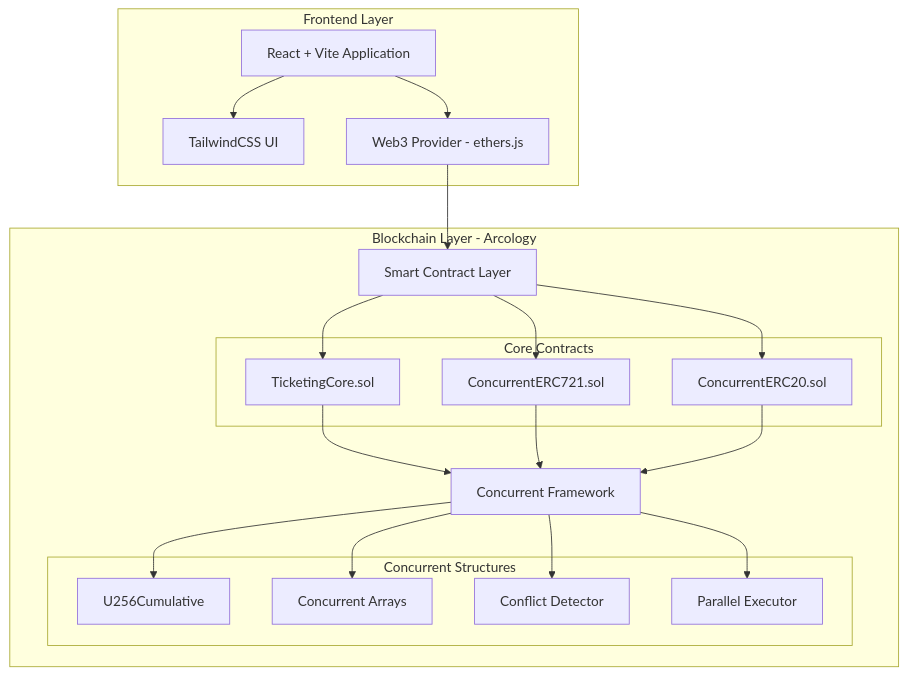
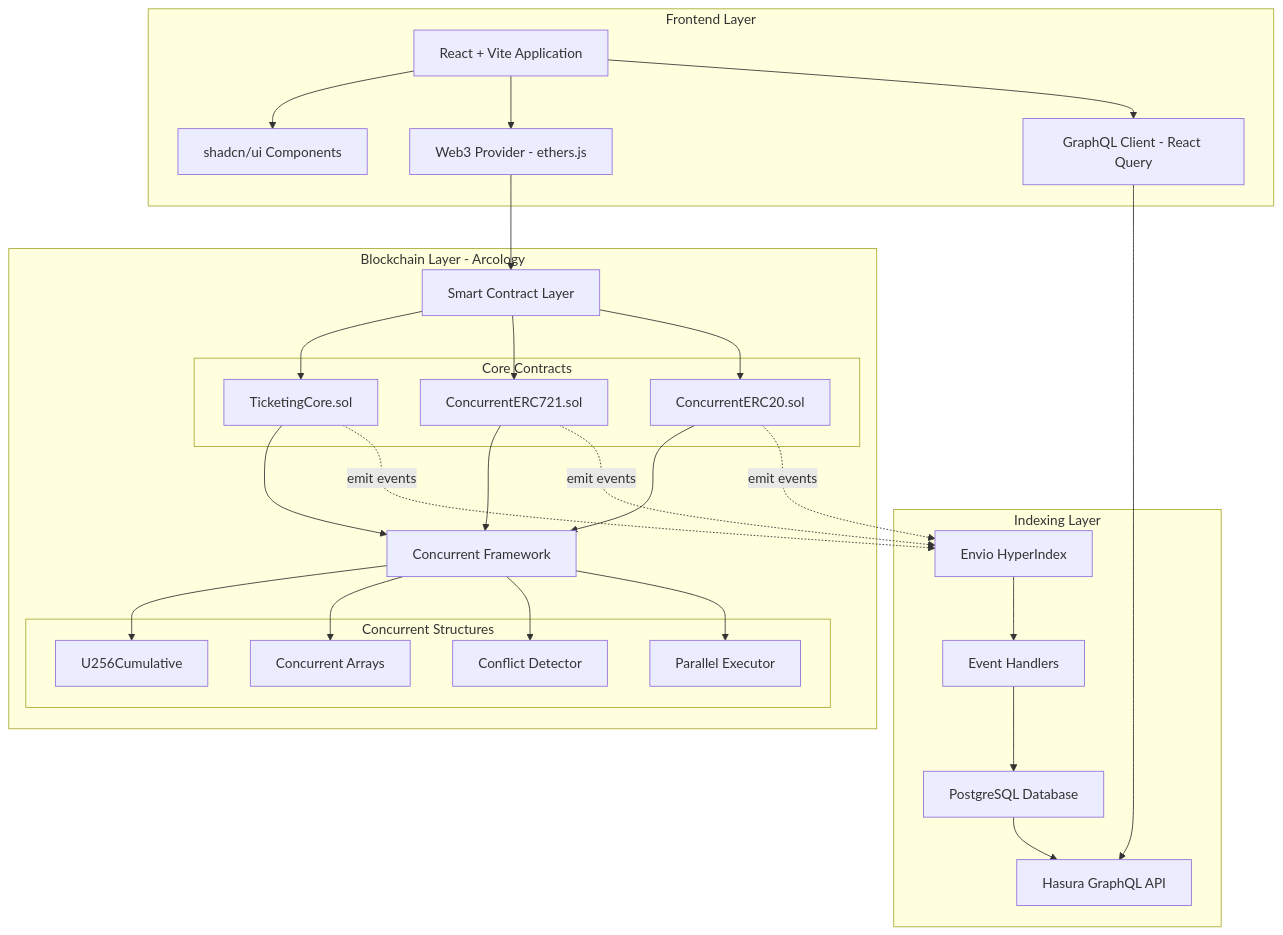
Before and after one commit to imajus/going-in: the first of 2 diagrams in PRD.md, drawn with Mermaid. The commit also changed other lines of this file and 2 other files, not shown here.

Commit message:
Scaffold HyperIndex integration plan

````diff
--- a/PRD.md
+++ b/PRD.md
@@ -39,40 +41,56 @@
 ```mermaid
 graph TB
     subgraph "Frontend Layer"
         A[React + Vite Application]
-        B[TailwindCSS UI]
+        B[shadcn/ui Components]
         C[Web3 Provider - ethers.js]
+        D[GraphQL Client - React Query]
+    end
+
+    subgraph "Indexing Layer"
+        E[Envio HyperIndex]
+        F[PostgreSQL Database]
+        G[Hasura GraphQL API]
+        H[Event Handlers]
     end
 
     subgraph "Blockchain Layer - Arcology"
-        D[Smart Contract Layer]
-        E[Concurrent Framework]
+        I[Smart Contract Layer]
+        J[Concurrent Framework]
 
         subgraph "Core Contracts"
-            F[TicketingCore.sol]
-            G[ConcurrentERC721.sol]
-            H[ConcurrentERC20.sol]
+            K[TicketingCore.sol]
+            L[ConcurrentERC721.sol]
+            M[ConcurrentERC20.sol]
         end
 
         subgraph "Concurrent Structures"
-            I[U256Cumulative]
-            J[Concurrent Arrays]
-            K[Conflict Detector]
-            L[Parallel Executor]
+            N[U256Cumulative]
+            O[Concurrent Arrays]
+            P[Conflict Detector]
+            Q[Parallel Executor]
         end
     end
 
     A --> B
     A --> C
-    C --> D
-    D --> F
+    A --> D
+    C --> I
     D --> G
-    D --> H
-    F --> E
-    G --> E
-    H --> E
-    E --> I
-    E --> J
-    E --> K
-    E --> L
+    I --> K
+    I --> L
+    I --> M
+    K --> J
+    L --> J
+    M --> J
+    J --> N
+    J --> O
+    J --> P
+    J --> Q
+    K -.emit events.-> E
+    L -.emit events.-> E
+    M -.emit events.-> E
+    E --> H
+    H --> F
+    F --> G
 ```
````
